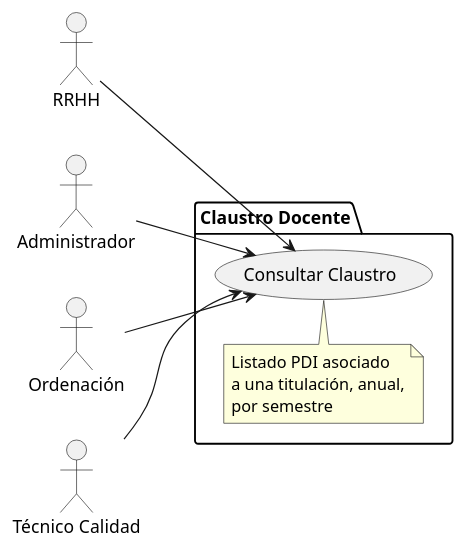
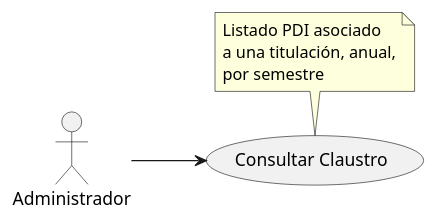
The diagram in modelosUML/CdU/Individuales/ClaustroDocente.puml (mmasias/24-25-IdSw1-SDR), drawn with PlantUML before and after one commit. The commit also changed 17 other files, not shown here.

Commit message:
Actualizar diagramas de casos de uso para mejorar la claridad y consistencia de los nombres y notas, y eliminar paquetes innecesarios.

```diff
--- a/modelosUML/CdU/Individuales/ClaustroDocente.puml
+++ b/modelosUML/CdU/Individuales/ClaustroDocente.puml
@@ -1,22 +1,14 @@
 @startuml
 left to right direction
 
-actor "RRHH" as rrhh
 actor "Administrador" as admin
-actor "Ordenación" as ord
-actor "Técnico Calidad" as tec
 
-package "Claustro Docente" as claustroPackage {
-    usecase "Consultar Claustro" as consClaustro
-    note top of consClaustro
-        Listado PDI asociado
-        a una titulación, anual,
-        por semestre
-    end note
-}
+usecase "Consultar Claustro" as consClaustro
+note top of consClaustro
+    Listado PDI asociado
+    a una titulación, anual,
+    por semestre
+end note
 
-rrhh --> consClaustro
 admin --> consClaustro
-ord --> consClaustro
-tec --> consClaustro
 @enduml
```
